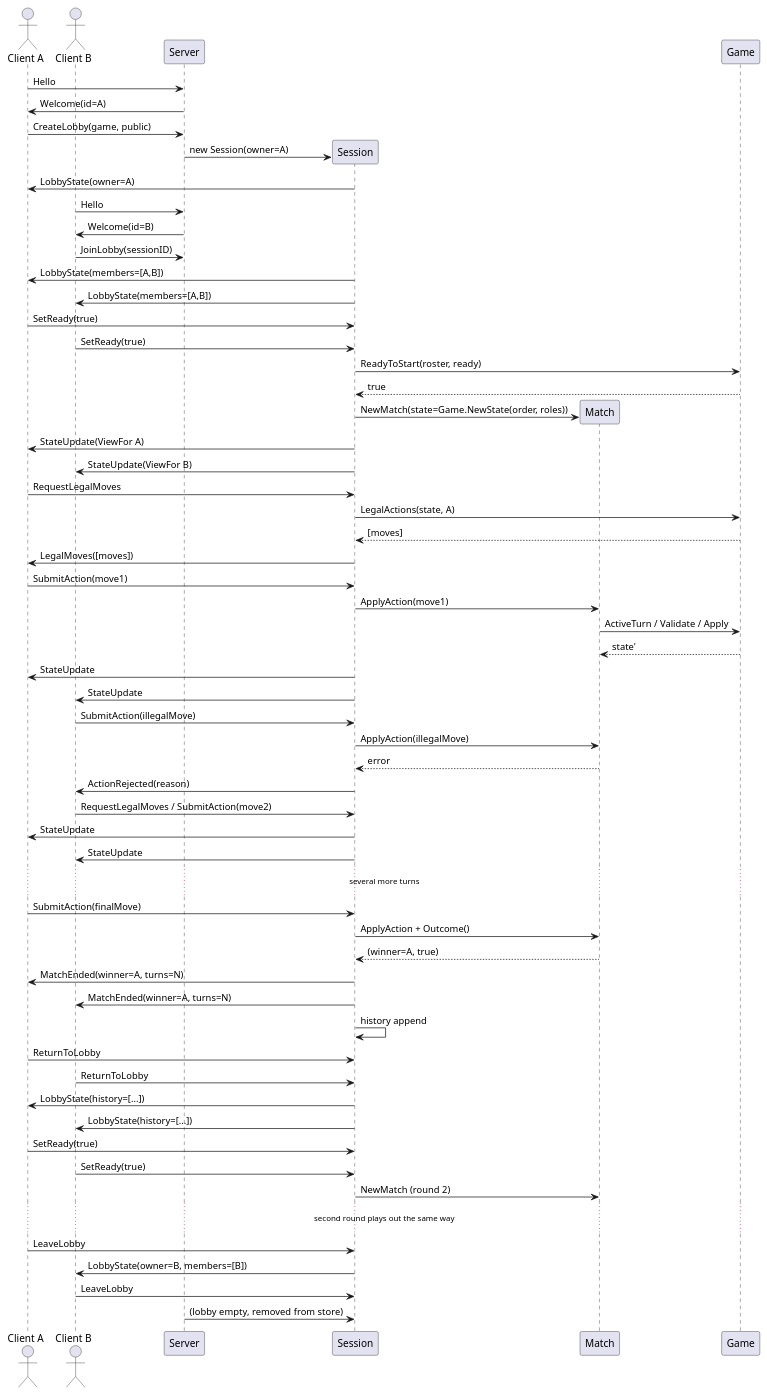
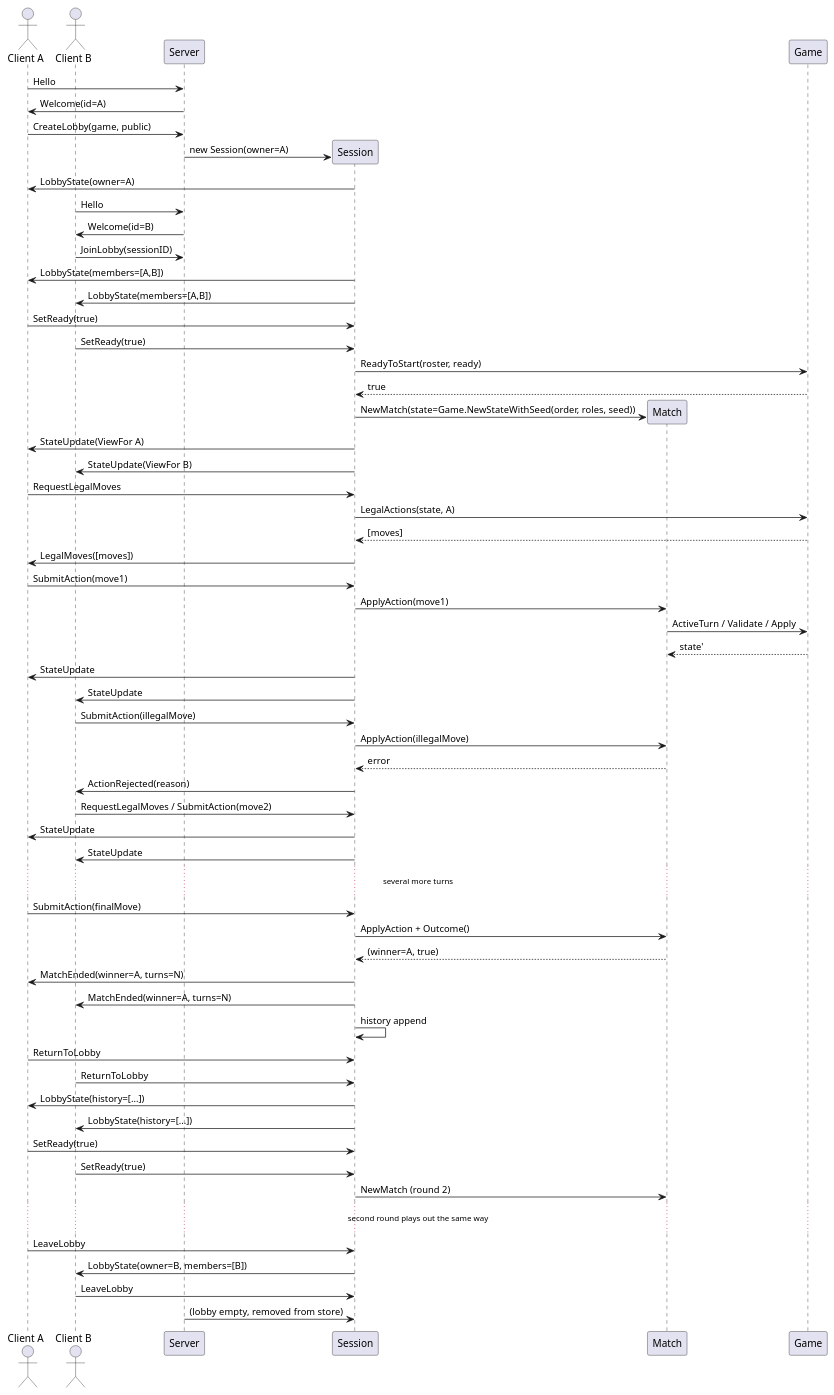
Before and after one commit to stevenlagoy/RAMServer-Core: the diagram in docs/diagrams/system_walkthrough.plantuml, drawn with PlantUML. The commit also changed 15 other files, not shown here.

```diff
--- a/docs/diagrams/system_walkthrough.plantuml
+++ b/docs/diagrams/system_walkthrough.plantuml
@@ -1,74 +1,74 @@
 @startuml walkthrough
 actor "Client A" as A
 actor "Client B" as B
 participant Server
 participant Session
 participant Match
 participant Game
 
 A -> Server: Hello
 Server -> A: Welcome(id=A)
 A -> Server: CreateLobby(game, public)
 Server -> Session ** : new Session(owner=A)
 Session -> A: LobbyState(owner=A)
 
 B -> Server: Hello
 Server -> B: Welcome(id=B)
 B -> Server: JoinLobby(sessionID)
 Session -> A: LobbyState(members=[A,B])
 Session -> B: LobbyState(members=[A,B])
 
 A -> Session: SetReady(true)
 B -> Session: SetReady(true)
 Session -> Game: ReadyToStart(roster, ready)
 Game --> Session: true
-Session -> Match ** : NewMatch(state=Game.NewState(order, roles))
+Session -> Match ** : NewMatch(state=Game.NewStateWithSeed(order, roles, seed))
 Session -> A: StateUpdate(ViewFor A)
 Session -> B: StateUpdate(ViewFor B)
 
 A -> Session: RequestLegalMoves
 Session -> Game: LegalActions(state, A)
 Game --> Session: [moves]
 Session -> A: LegalMoves([moves])
 
 A -> Session: SubmitAction(move1)
 Session -> Match: ApplyAction(move1)
 Match -> Game: ActiveTurn / Validate / Apply
 Game --> Match: state'
 Session -> A: StateUpdate
 Session -> B: StateUpdate
 
 B -> Session: SubmitAction(illegalMove)
 Session -> Match: ApplyAction(illegalMove)
 Match --> Session: error
 Session -> B: ActionRejected(reason)
 
 B -> Session: RequestLegalMoves / SubmitAction(move2)
 Session -> A: StateUpdate
 Session -> B: StateUpdate
 
 ... several more turns ...
 
 A -> Session: SubmitAction(finalMove)
 Session -> Match: ApplyAction + Outcome()
 Match --> Session: (winner=A, true)
 Session -> A: MatchEnded(winner=A, turns=N)
 Session -> B: MatchEnded(winner=A, turns=N)
 Session -> Session: history append
 
 A -> Session: ReturnToLobby
 B -> Session: ReturnToLobby
 Session -> A: LobbyState(history=[...])
 Session -> B: LobbyState(history=[...])
 
 A -> Session: SetReady(true)
 B -> Session: SetReady(true)
 Session -> Match : NewMatch (round 2)
 
 ... second round plays out the same way ...
 
 A -> Session: LeaveLobby
 Session -> B: LobbyState(owner=B, members=[B])
 B -> Session: LeaveLobby
 Server -> Session: (lobby empty, removed from store)
 @enduml
```
